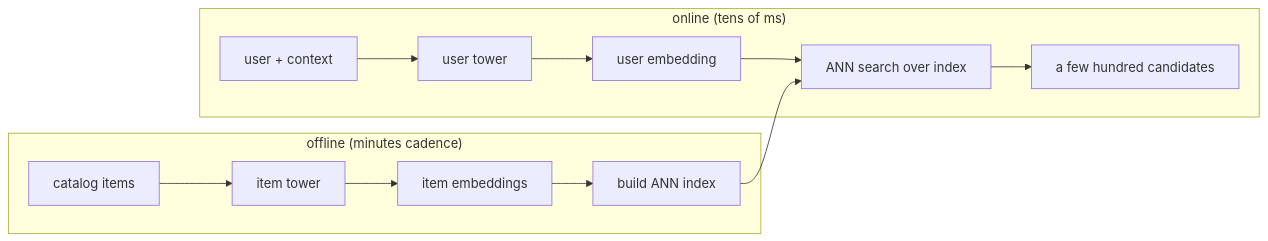
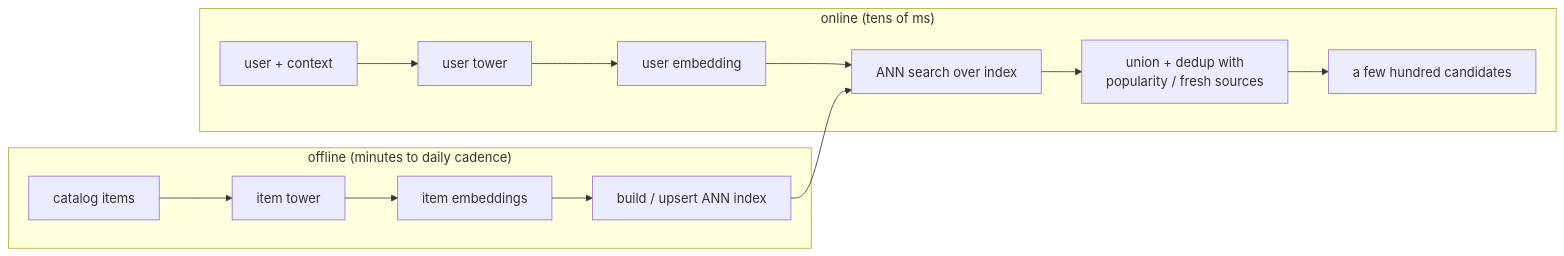
The diagram in book/candidate-retrieval/06-serving-and-scaling.md (neurarch-ai/awesome-ml-system-design), drawn with Mermaid before and after one commit. The commit also changed other lines of this file and 11 other files, not shown here.

````diff
--- a/book/candidate-retrieval/06-serving-and-scaling.md
+++ b/book/candidate-retrieval/06-serving-and-scaling.md
@@ -8,13 +9,14 @@
 ```mermaid
 flowchart LR
-  subgraph Offline["offline (minutes cadence)"]
+  subgraph Offline["offline (minutes to daily cadence)"]
     CAT["catalog items"] --> ITOWER["item tower"] --> IEMB["item embeddings"]
-    IEMB --> INDEX["build ANN index"]
+    IEMB --> INDEX["build / upsert ANN index"]
   end
   subgraph Online["online (tens of ms)"]
     REQ["user + context"] --> UTOWER["user tower"] --> UEMB["user embedding"]
     UEMB --> ANN["ANN search over index"]
     INDEX --> ANN
-    ANN --> OUT["a few hundred candidates"]
+    ANN --> MERGE["union + dedup with<br/>popularity / fresh sources"]
+    MERGE --> OUT["a few hundred candidates"]
   end
 ```
````
